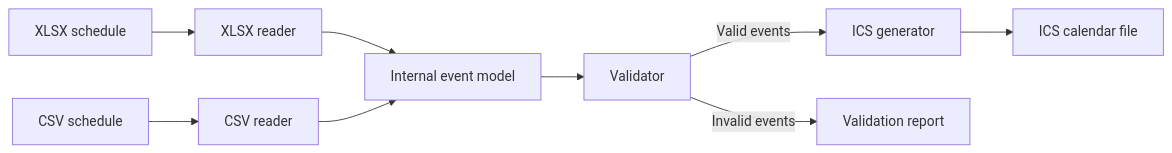
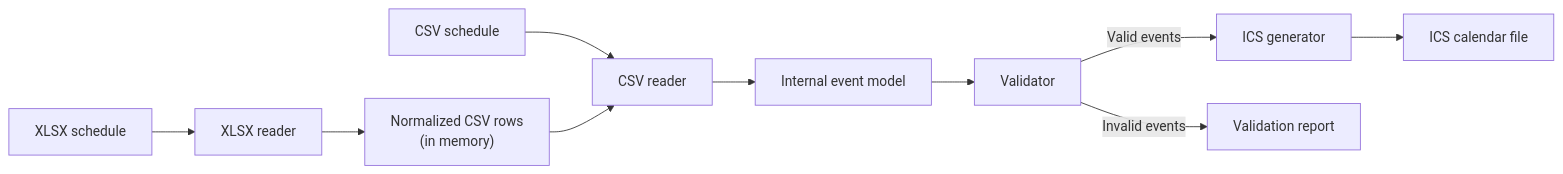
Before and after one commit to PaoloRos/calendar-conversion: the diagram in IMPLEMENTATION_DECISIONS.md, drawn with Mermaid. The commit also changed other lines of this file and 13 other files, not shown here.

````diff
--- a/IMPLEMENTATION_DECISIONS.md
+++ b/IMPLEMENTATION_DECISIONS.md
@@ -48,11 +52,12 @@
 ```mermaid
 flowchart LR
     XLSX["XLSX schedule"] --> XR["XLSX reader"]
     CSV["CSV schedule"] --> CR["CSV reader"]
-    XR --> MODEL["Internal event model"]
-    CR --> MODEL
+    XR --> NORMALIZED["Normalized CSV rows<br/>(in memory)"]
+    NORMALIZED --> CR
+    CR --> MODEL["Internal event model"]
     MODEL --> VALIDATOR["Validator"]
     VALIDATOR -->|"Valid events"| ICSGEN["ICS generator"]
     VALIDATOR -->|"Invalid events"| ERRORS["Validation report"]
     ICSGEN --> ICS["ICS calendar file"]
 ```
````
